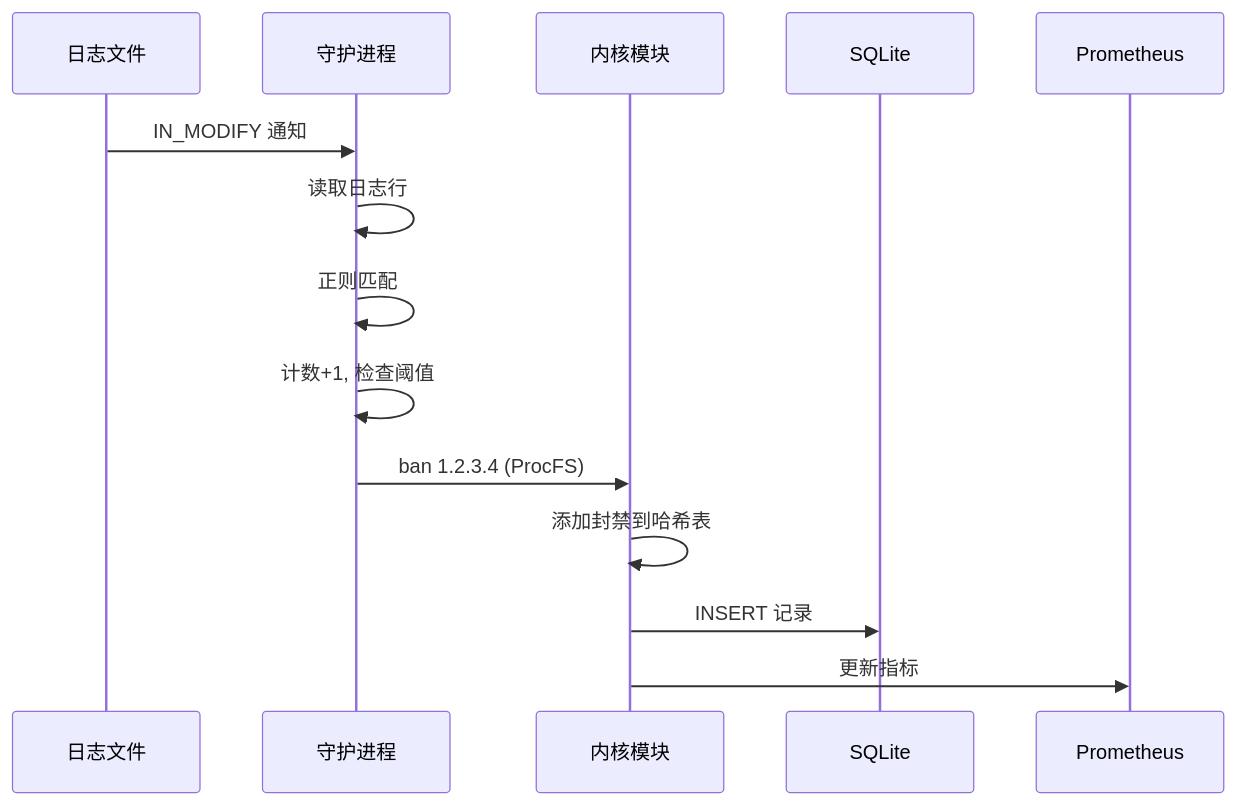
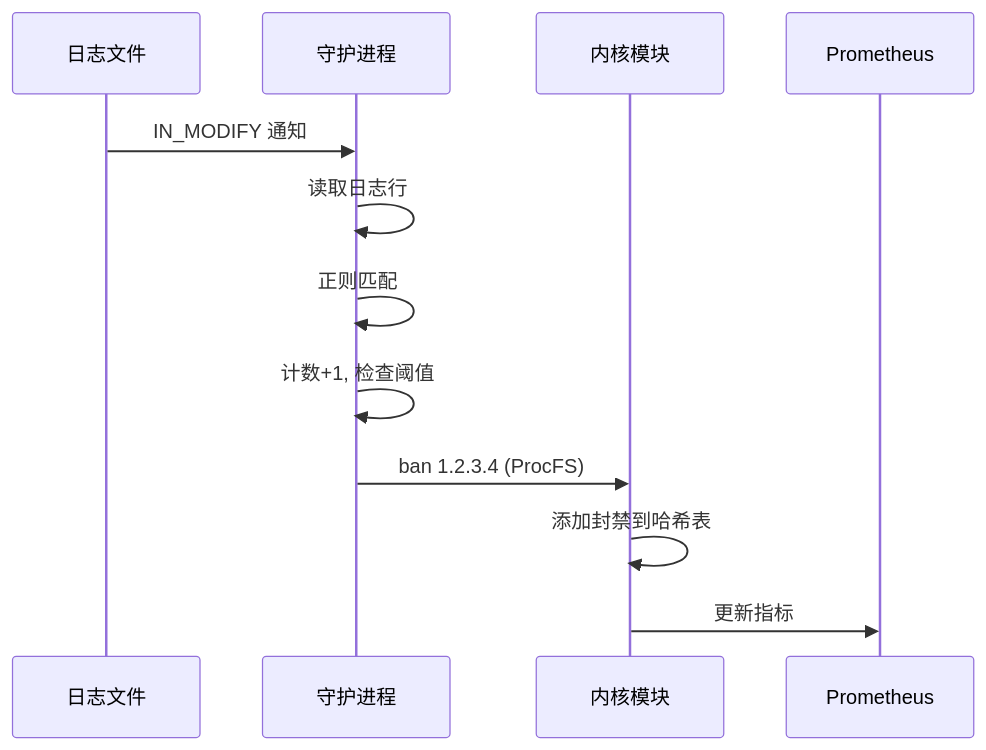
The third of 7 diagrams in docs/zh/architecture/data-flow.md (SnowCore8/linux-firewall-kmod), drawn with Mermaid before and after one commit. The commit also changed other lines of this file and 39 other files, not shown here.

````diff
--- a/docs/zh/architecture/data-flow.md
+++ b/docs/zh/architecture/data-flow.md
@@ -37,17 +37,15 @@
 ```mermaid
 sequenceDiagram
     participant Log as 日志文件
     participant Daemon as 守护进程
     participant Kernel as 内核模块
-    participant SQLite as SQLite
     participant Prometheus as Prometheus
 
     Log->>Daemon: IN_MODIFY 通知
     Daemon->>Daemon: 读取日志行
     Daemon->>Daemon: 正则匹配
     Daemon->>Daemon: 计数+1, 检查阈值
     Daemon->>Kernel: ban 1.2.3.4 (ProcFS)
     Kernel->>Kernel: 添加封禁到哈希表
-    Kernel->>SQLite: INSERT 记录
     Kernel->>Prometheus: 更新指标
 ```
````
